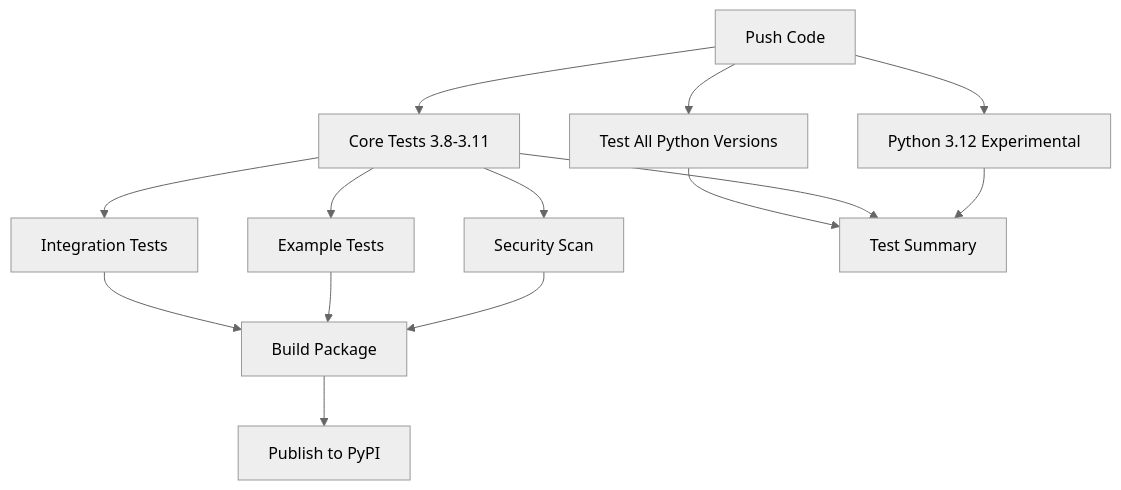
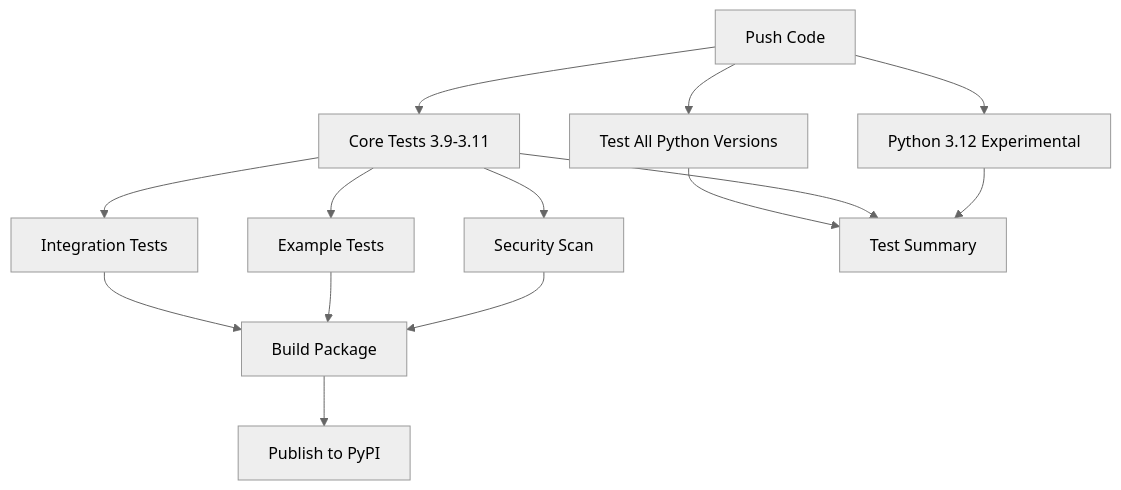
The diagram in README.md (rgunkar/opentelemetry-python-api), drawn with Mermaid (neutral theme) before and after one commit. The commit also changed other lines of this file and 5 other files, not shown here.

````diff
--- a/README.md
+++ b/README.md
@@ -492,20 +492,20 @@
 ```mermaid
 graph TD
     A[Push Code] --> B[Test All Python Versions]
-    A --> C[Core Tests 3.8-3.11]
+    A --> C[Core Tests 3.9-3.11]
     A --> D[Python 3.12 Experimental]
     
     C --> E[Integration Tests]
     C --> F[Example Tests]
     C --> G[Security Scan]
     
     E --> H[Build Package]
     F --> H
     G --> H
     
     H --> I[Publish to PyPI]
     
     B --> J[Test Summary]
     C --> J
     D --> J
 ```
````
